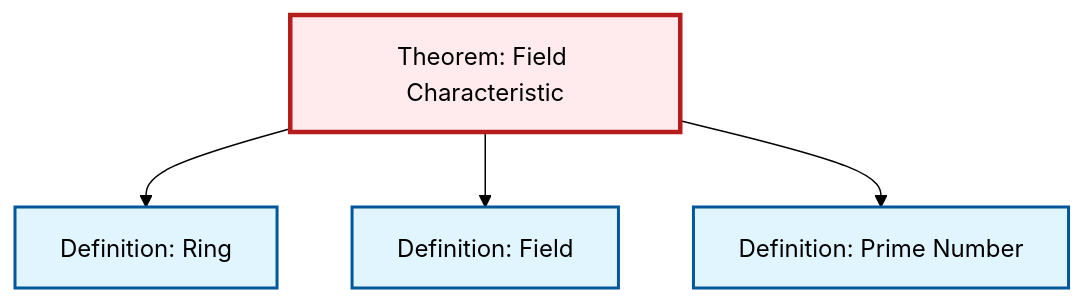
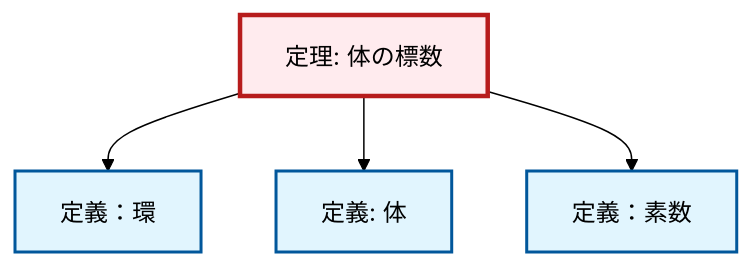
Before and after one commit to RK0429/ModernMath: the diagram in content/ja/algebra/thm-field-characteristic.qmd, drawn with Mermaid (forest theme). The commit also changed 1069 other files, not shown here.

````diff
--- a/content/ja/algebra/thm-field-characteristic.qmd
+++ b/content/ja/algebra/thm-field-characteristic.qmd
@@ -54,20 +54,20 @@
 ```{mermaid}
 %%| fig-cap: "Local dependency graph"
 graph TD
     classDef definition fill:#e1f5fe,stroke:#01579b,stroke-width:2px
     classDef theorem fill:#f3e5f5,stroke:#4a148c,stroke-width:2px
     classDef axiom fill:#fff3e0,stroke:#e65100,stroke-width:2px
     classDef example fill:#e8f5e9,stroke:#1b5e20,stroke-width:2px
     classDef current fill:#ffebee,stroke:#b71c1c,stroke-width:3px
-    def-ring["Definition: Ring"]:::definition
-    def-field["Definition: Field"]:::definition
-    thm-field-characteristic["Theorem: Field Characteristic"]:::theorem
-    def-prime["Definition: Prime Number"]:::definition
+    thm-field-characteristic["定理: 体の標数"]:::theorem
+    def-ring["定義：環"]:::definition
+    def-prime["定義：素数"]:::definition
+    def-field["定義: 体"]:::definition
     thm-field-characteristic --> def-ring
     thm-field-characteristic --> def-field
     thm-field-characteristic --> def-prime
     class thm-field-characteristic current
-    click def-ring "def-ring.html" "Definition: Ringへ"
-    click def-field "def-field.html" "Definition: Fieldへ"
-    click def-prime "def-prime.html" "Definition: Prime Numberへ"
+    click def-ring "def-ring.html" "定義：環へ"
+    click def-prime "def-prime.html" "定義：素数へ"
+    click def-field "def-field.html" "体の定義へ"
 ```
````
